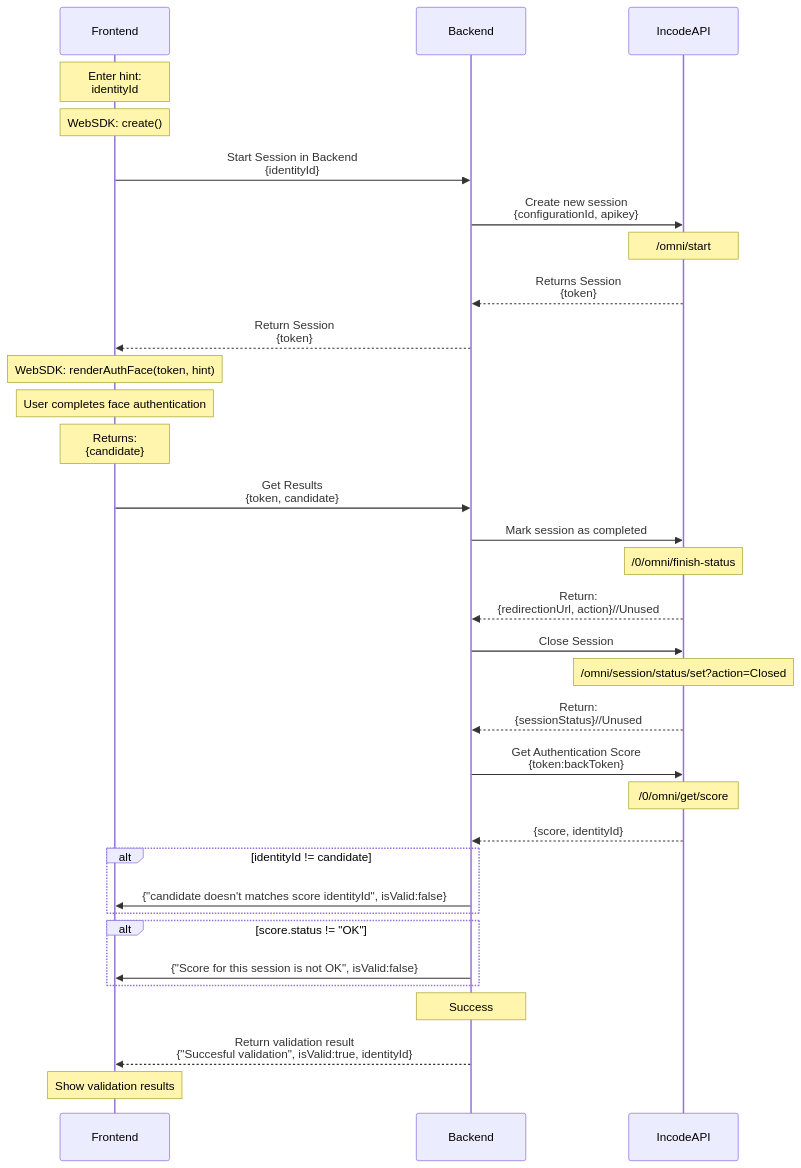
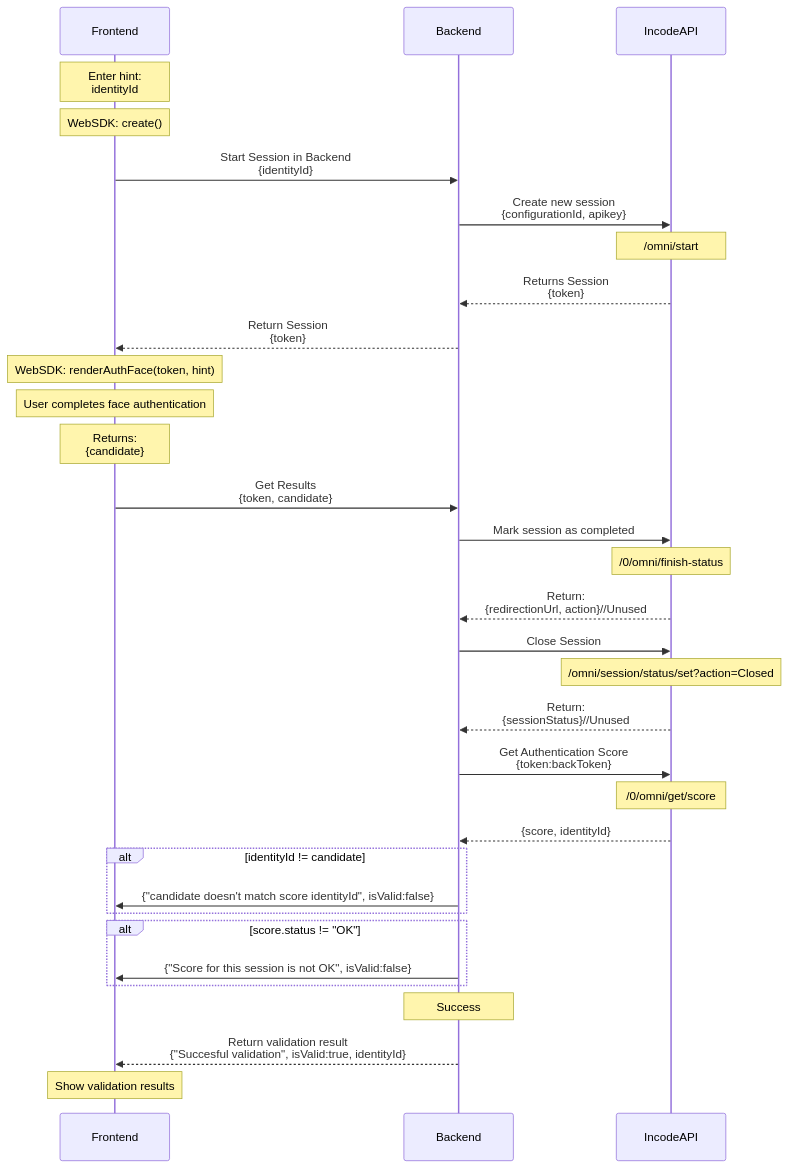
Before and after one commit to Incode-Technologies-Example-Repos/authentication-core-javascript: the diagram in README.md, drawn with Mermaid.

````diff
--- a/README.md
+++ b/README.md
@@ -18,43 +18,43 @@
 ```mermaid
 sequenceDiagram
     participant Frontend
     participant Backend
     participant IncodeAPI
 
     Note over Frontend: Enter hint:<br>identityId
     Note over Frontend: WebSDK: create()
     Frontend->>Backend: Start Session in Backend<br>{identityId}
     Backend->>IncodeAPI: Create new session<br>{configurationId, apikey}
     Note over IncodeAPI: /omni/start
     IncodeAPI-->>Backend: Returns Session<br>{token}
     Backend-->>Frontend: Return Session<br>{token}
 
     Note over Frontend: WebSDK: renderAuthFace(token, hint)
     Note over Frontend: User completes face authentication
     Note over Frontend:Returns:<br>{candidate}
 
     Frontend->>Backend: Get Results<br>{token, candidate}
   
     Backend->>IncodeAPI: Mark session as completed
     Note over IncodeAPI: /0/omni/finish-status
     IncodeAPI-->>Backend: Return:<br>{redirectionUrl, action}//Unused
 
     Backend->>IncodeAPI: Close Session
     Note over IncodeAPI: /omni/session/status/set?action=Closed
     IncodeAPI-->>Backend: Return:<br>{sessionStatus}//Unused
 
     Backend->>IncodeAPI: Get Authentication Score<br>{token:backToken}
     Note over IncodeAPI: /0/omni/get/score
     IncodeAPI-->>Backend: {score, identityId}
     alt identityId != candidate
-      Backend->>Frontend: {"candidate doesn't matches score identityId", isValid:false}
+      Backend->>Frontend: {"candidate doesn't match score identityId", isValid:false}
     end
     
     alt score.status != "OK"
       Backend->>Frontend: {"Score for this session is not OK", isValid:false}
     end
 
     Note over Backend: Success
     Backend-->>Frontend: Return validation result<br>{"Succesful validation", isValid:true, identityId}
     Note over Frontend: Show validation results
 ```
````
